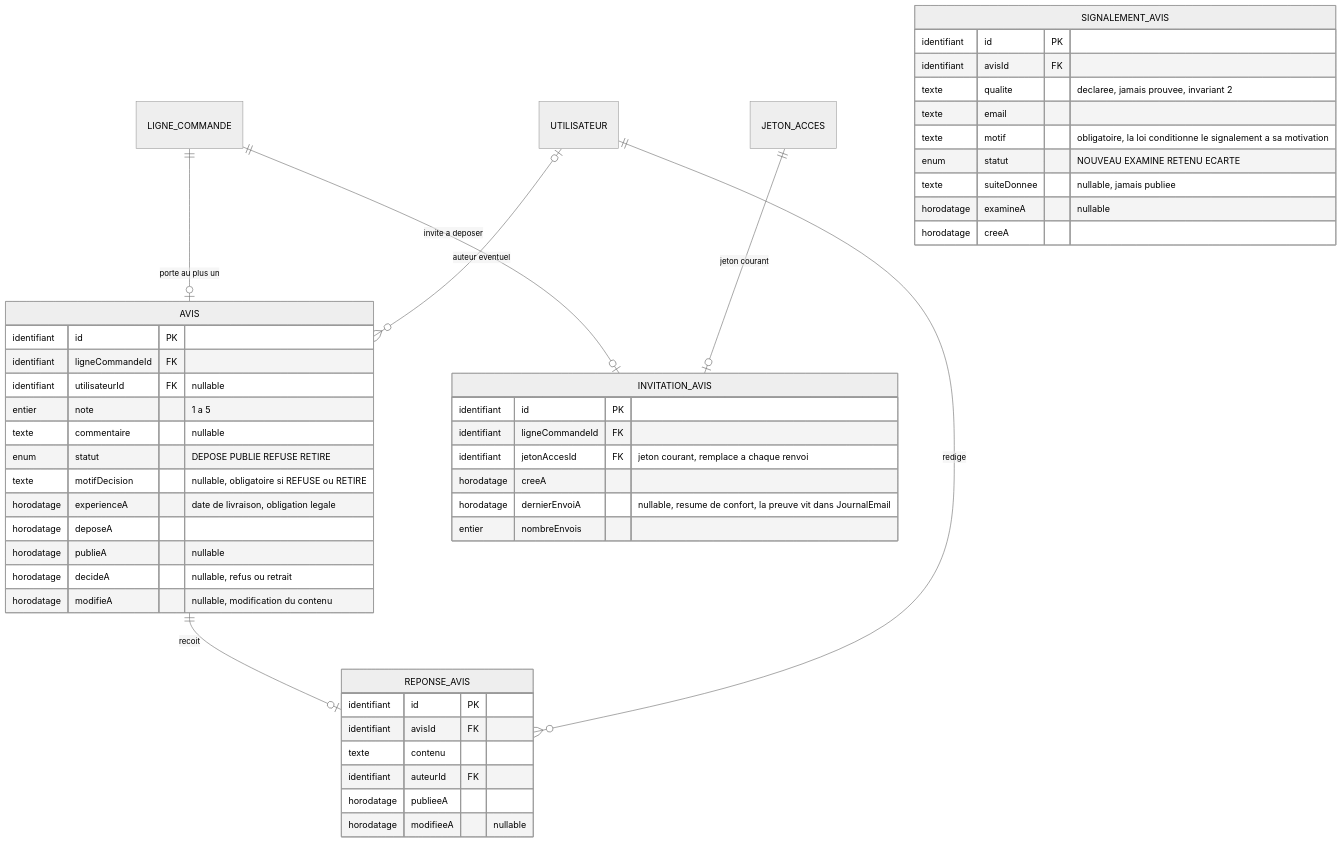
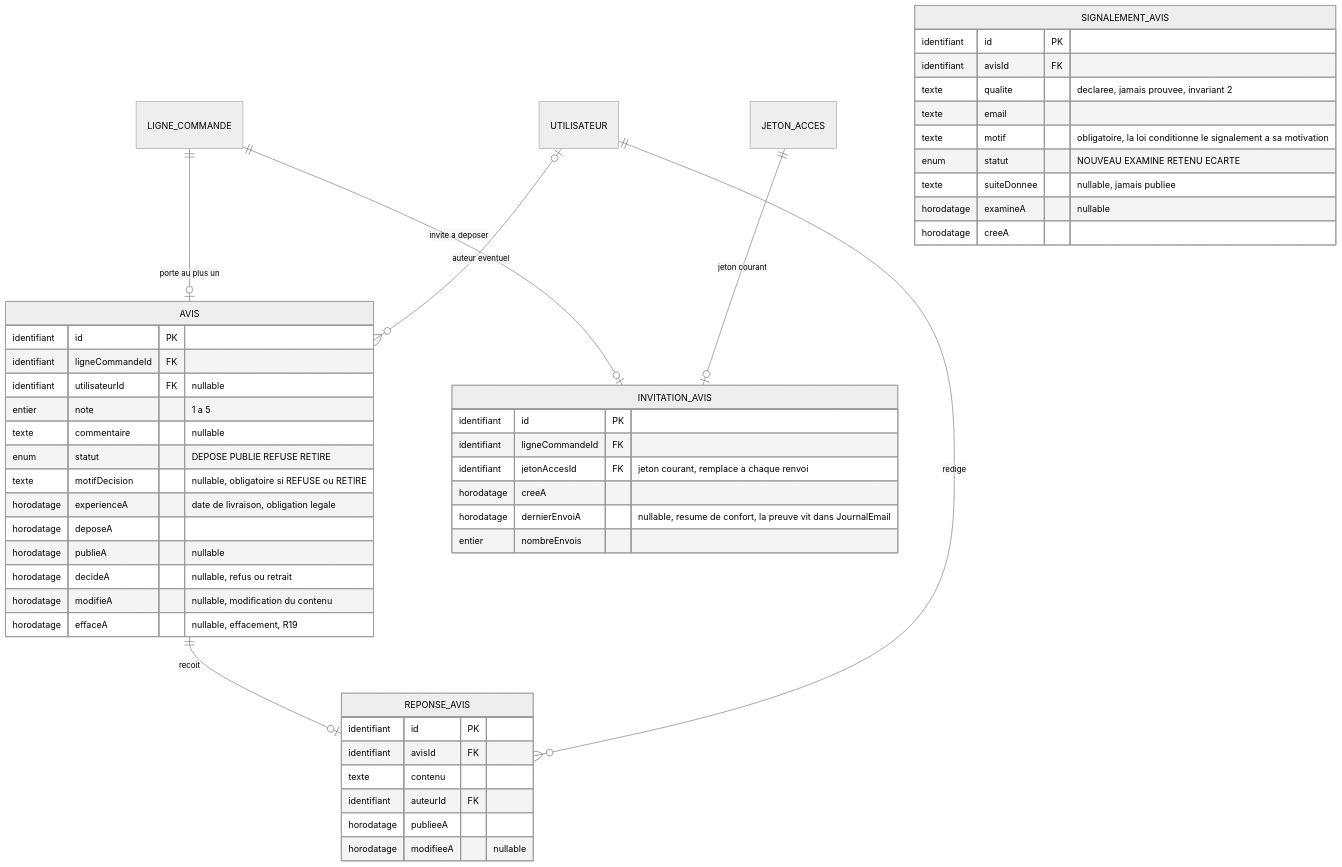
The eighth of 9 diagrams in docs/architecture/MODELE-CONCEPTUEL.md (krismos64/lune-soleil), drawn with Mermaid (neutral theme) before and after one commit. The commit also changed other lines of this file and 25 other files, not shown here.

````diff
--- a/docs/architecture/MODELE-CONCEPTUEL.md
+++ b/docs/architecture/MODELE-CONCEPTUEL.md
@@ -1137,51 +1137,52 @@
 ```mermaid
 erDiagram
     LIGNE_COMMANDE ||--o| AVIS : "porte au plus un"
     LIGNE_COMMANDE ||--o| INVITATION_AVIS : "invite a deposer"
     JETON_ACCES ||--o| INVITATION_AVIS : "jeton courant"
     AVIS ||--o| REPONSE_AVIS : "recoit"
     UTILISATEUR ||--o{ REPONSE_AVIS : "redige"
     UTILISATEUR |o--o{ AVIS : "auteur eventuel"
 
     AVIS {
         identifiant id PK
         identifiant ligneCommandeId FK
         identifiant utilisateurId FK "nullable"
         entier note "1 a 5"
         texte commentaire "nullable"
         enum statut "DEPOSE PUBLIE REFUSE RETIRE"
         texte motifDecision "nullable, obligatoire si REFUSE ou RETIRE"
         horodatage experienceA "date de livraison, obligation legale"
         horodatage deposeA
         horodatage publieA "nullable"
         horodatage decideA "nullable, refus ou retrait"
         horodatage modifieA "nullable, modification du contenu"
+        horodatage effaceA "nullable, effacement, R19"
     }
     REPONSE_AVIS {
         identifiant id PK
         identifiant avisId FK
         texte contenu
         identifiant auteurId FK
         horodatage publieeA
         horodatage modifieeA "nullable"
     }
     INVITATION_AVIS {
         identifiant id PK
         identifiant ligneCommandeId FK
         identifiant jetonAccesId FK "jeton courant, remplace a chaque renvoi"
         horodatage creeA
         horodatage dernierEnvoiA "nullable, resume de confort, la preuve vit dans JournalEmail"
         entier nombreEnvois
     }
     SIGNALEMENT_AVIS {
         identifiant id PK
         identifiant avisId FK
         texte qualite "declaree, jamais prouvee, invariant 2"
         texte email
         texte motif "obligatoire, la loi conditionne le signalement a sa motivation"
         enum statut "NOUVEAU EXAMINE RETENU ECARTE"
         texte suiteDonnee "nullable, jamais publiee"
         horodatage examineA "nullable"
         horodatage creeA
     }
 ```
````
